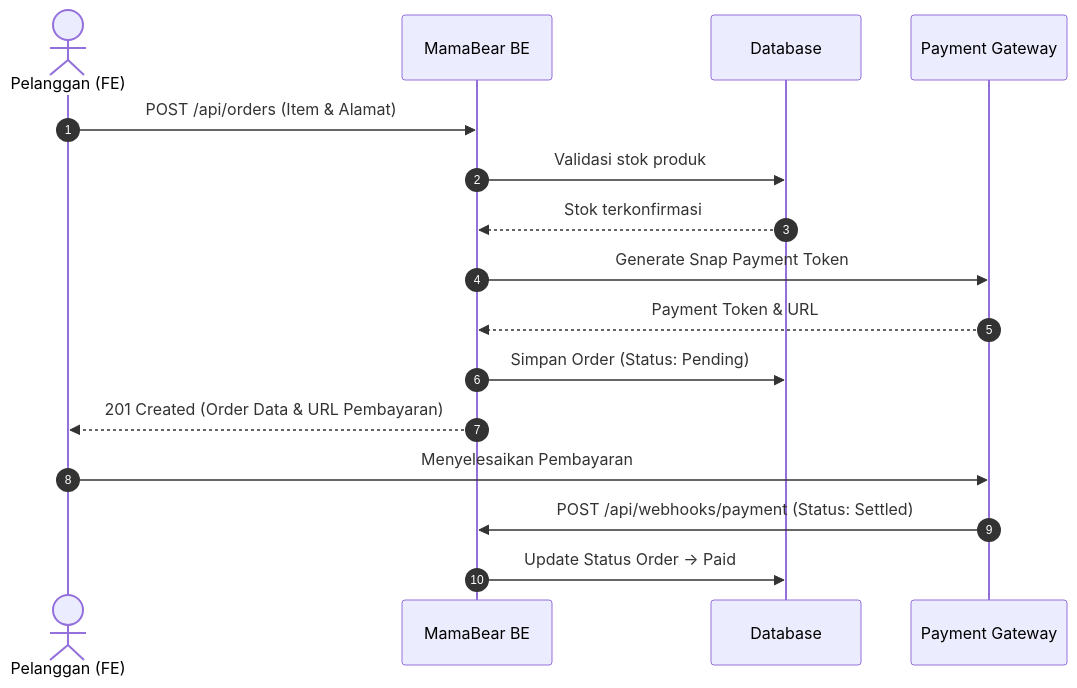
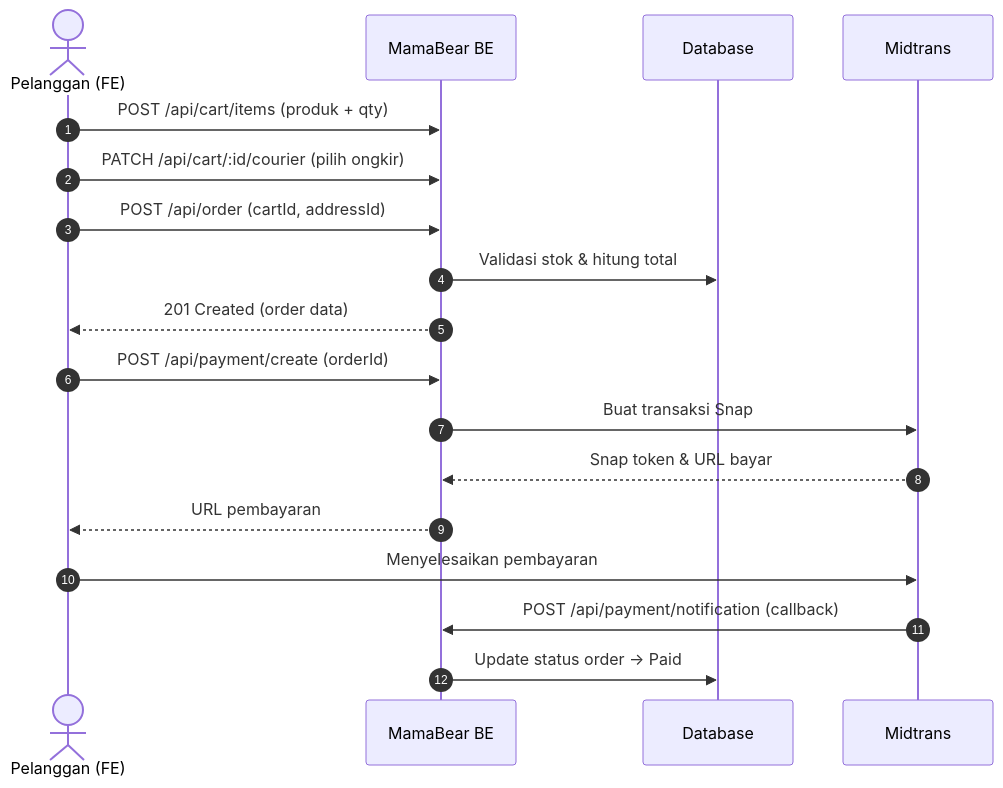
The diagram in mamabear-docs/content/docs/developer/backend/api-reference.mdx (khankhanfauzan/vi-mamabear-frontend), drawn with Mermaid before and after one commit. The commit also changed other lines of this file and 6 other files, not shown here.

First line of the commit message:
refactor: reorganize backend documentation and migrate database schema

````diff
--- a/mamabear-docs/content/docs/developer/backend/api-reference.mdx
+++ b/mamabear-docs/content/docs/developer/backend/api-reference.mdx
@@ -87,19 +365,21 @@
 ```mermaid
 sequenceDiagram
     autonumber
     actor Customer as Pelanggan (FE)
     participant API as MamaBear BE
     participant DB as Database
-    participant PG as Payment Gateway
+    participant PG as Midtrans
 
-    Customer->>API: POST /api/orders (Item & Alamat)
-    API->>DB: Validasi stok produk
-    DB-->>API: Stok terkonfirmasi
-    API->>PG: Generate Snap Payment Token
-    PG-->>API: Payment Token & URL
-    API->>DB: Simpan Order (Status: Pending)
-    API-->>Customer: 201 Created (Order Data & URL Pembayaran)
-    Customer->>PG: Menyelesaikan Pembayaran
-    PG->>API: POST /api/webhooks/payment (Status: Settled)
-    API->>DB: Update Status Order -> Paid
+    Customer->>API: POST /api/cart/items (produk + qty)
+    Customer->>API: PATCH /api/cart/:id/courier (pilih ongkir)
+    Customer->>API: POST /api/order (cartId, addressId)
+    API->>DB: Validasi stok & hitung total
+    API-->>Customer: 201 Created (order data)
+    Customer->>API: POST /api/payment/create (orderId)
+    API->>PG: Buat transaksi Snap
+    PG-->>API: Snap token & URL bayar
+    API-->>Customer: URL pembayaran
+    Customer->>PG: Menyelesaikan pembayaran
+    PG->>API: POST /api/payment/notification (callback)
+    API->>DB: Update status order → Paid
 ```
````
